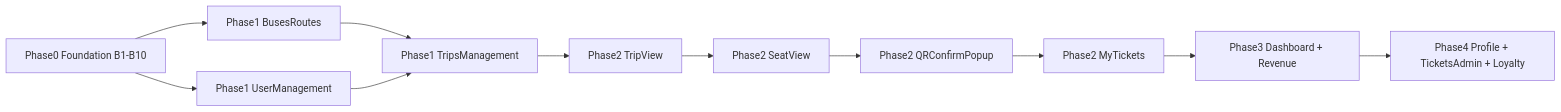
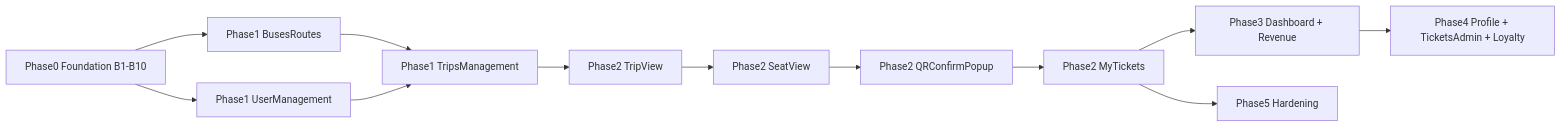
Before and after one commit to Namsongc98/system_bus_ai: the first of 2 diagrams in .claude/docs/plan/screen-feature-plan.md, drawn with Mermaid. The commit also changed other lines of this file and 5 other files, not shown here.

````diff
--- a/.claude/docs/plan/screen-feature-plan.md
+++ b/.claude/docs/plan/screen-feature-plan.md
@@ -60,13 +63,14 @@
 ```mermaid
 graph LR
     Foundation[Phase0 Foundation B1-B10] --> BusRoute[Phase1 BusesRoutes]
     Foundation --> Users[Phase1 UserManagement]
     BusRoute --> Trips[Phase1 TripsManagement]
     Users --> Trips
     Trips --> Search[Phase2 TripView]
     Search --> Seat[Phase2 SeatView]
     Seat --> Payment[Phase2 QRConfirmPopup]
     Payment --> MyTickets[Phase2 MyTickets]
     MyTickets --> Reports[Phase3 Dashboard + Revenue]
     Reports --> Secondary[Phase4 Profile + TicketsAdmin + Loyalty]
+    MyTickets --> Hardening[Phase5 Hardening]
 ```
````
